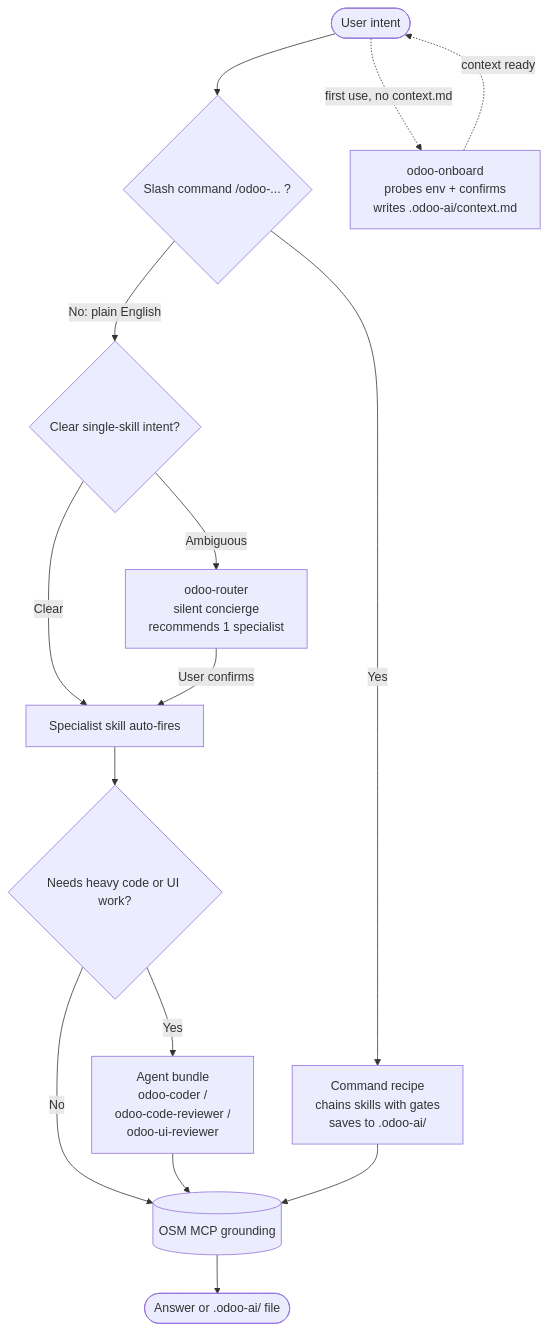
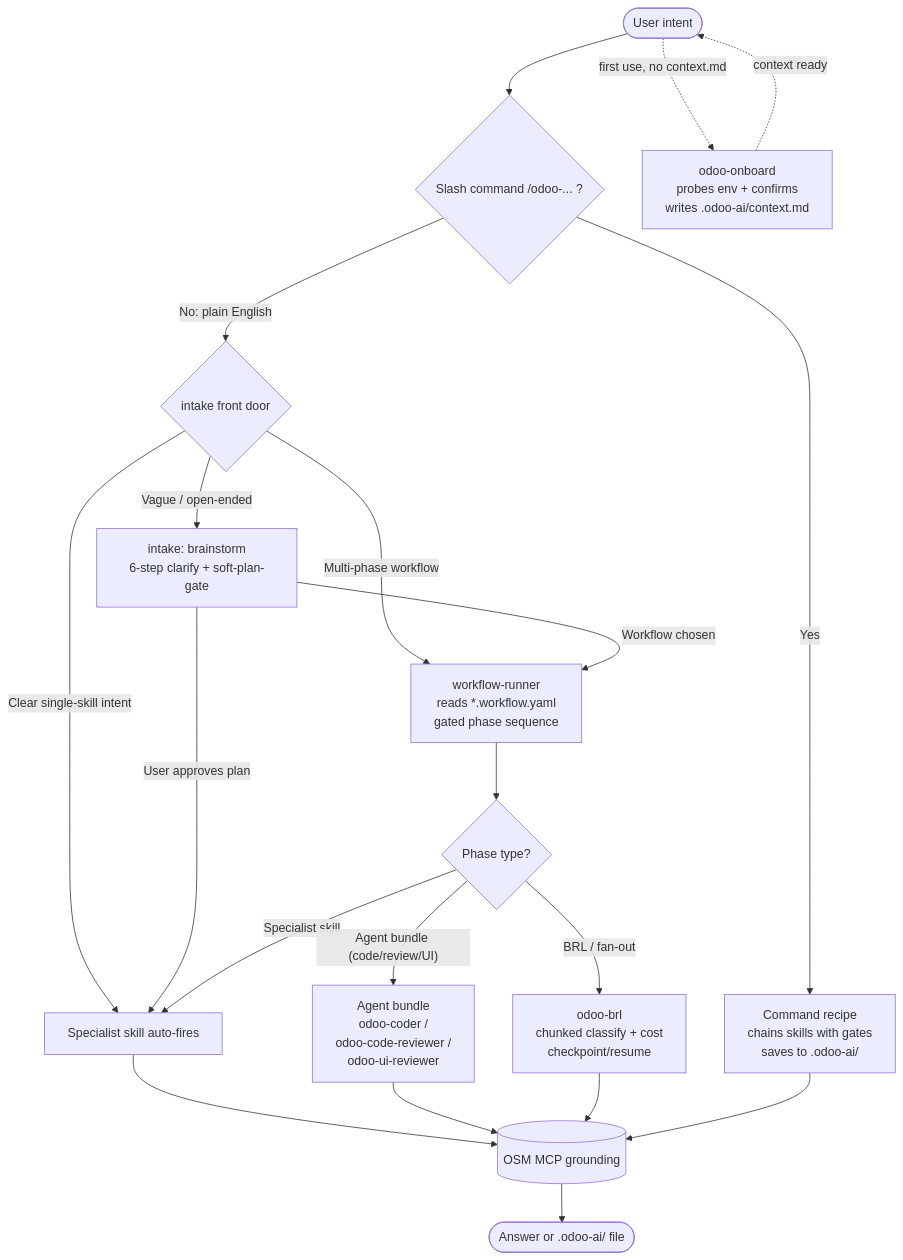
One commit to Viindoo/odoo-mcp-client changed the third of 5 diagrams in README.md. Above: the diagram before and after it, drawn with Mermaid. The commit also changed other lines of this file and 52 other files, not shown here.

First line of the commit message:
feat(harness): workflow harness — intake front-door + BRL engine + declarative composition

````diff
--- a/README.md
+++ b/README.md
@@ -113,21 +131,27 @@
 ```mermaid
 flowchart TD
     A([User intent]) --> B{"Slash command /odoo-... ?"}
 
     B -->|Yes| C["Command recipe<br/>chains skills with gates<br/>saves to .odoo-ai/"]
-    B -->|"No: plain English"| D{"Clear single-skill intent?"}
+    B -->|"No: plain English"| D{"intake front door"}
 
-    D -->|Ambiguous| E["odoo-router<br/>silent concierge<br/>recommends 1 specialist"]
-    D -->|Clear| F["Specialist skill auto-fires"]
-    E -->|User confirms| F
+    D -->|"Vague / open-ended"| E["intake: brainstorm<br/>6-step clarify + soft-plan-gate"]
+    D -->|"Clear single-skill intent"| F["Specialist skill auto-fires"]
+    D -->|"Multi-phase workflow"| WF["workflow-runner<br/>reads *.workflow.yaml<br/>gated phase sequence"]
+    E -->|User approves plan| F
+    E -->|"Workflow chosen"| WF
 
-    F --> G{"Needs heavy code or UI work?"}
-    G -->|Yes| H["Agent bundle<br/>odoo-coder /<br/>odoo-code-reviewer /<br/>odoo-ui-reviewer"]
-    G -->|No| I[("OSM MCP grounding")]
+    WF --> G{"Phase type?"}
+    G -->|Specialist skill| F
+    G -->|"Agent bundle (code/review/UI)"| H["Agent bundle<br/>odoo-coder /<br/>odoo-code-reviewer /<br/>odoo-ui-reviewer"]
+    G -->|"BRL / fan-out"| BRL["odoo-brl<br/>chunked classify + cost<br/>checkpoint/resume"]
+
+    F --> I[("OSM MCP grounding")]
     H --> I
+    BRL --> I
     C --> I
     I --> J([Answer or .odoo-ai/ file])
 
     A -.->|"first use, no context.md"| K["odoo-onboard<br/>probes env + confirms<br/>writes .odoo-ai/context.md"]
     K -.->|context ready| A
 ```
````
